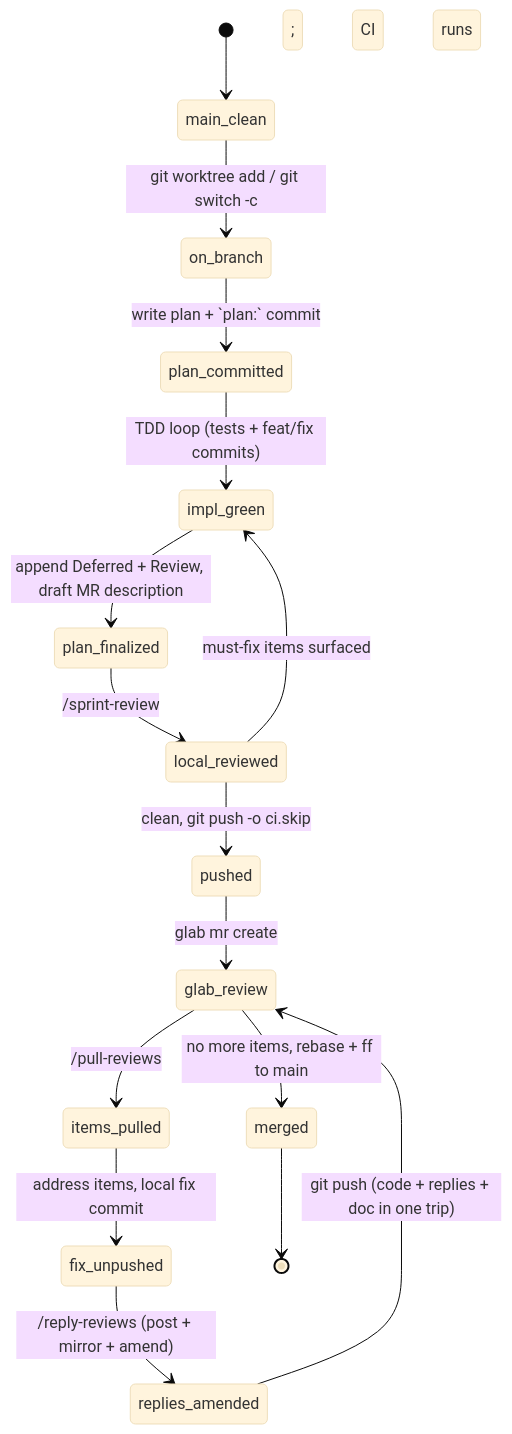
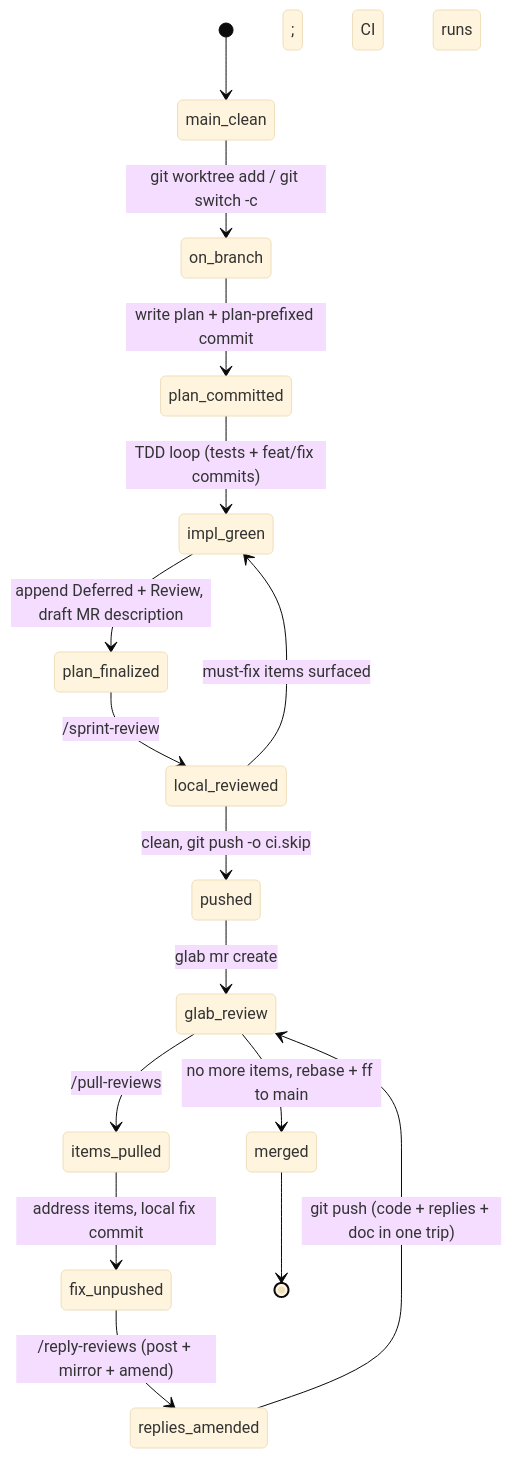
Before and after one commit to cmk/connections: the first of 2 diagrams in doc/workflow.md, drawn with Mermaid (base theme).

Commit message:
fix: workflow.md mermaid syntax — inner colon broke stateDiagram-v2 parser

````diff
--- a/doc/workflow.md
+++ b/doc/workflow.md
@@ -18,18 +18,18 @@
 ```mermaid
 stateDiagram-v2
     [*] --> main_clean
     main_clean --> on_branch: git worktree add / git switch -c
-    on_branch --> plan_committed: write plan + `plan:` commit
+    on_branch --> plan_committed: write plan + plan-prefixed commit
     plan_committed --> impl_green: TDD loop (tests + feat/fix commits)
     impl_green --> plan_finalized: append Deferred + Review, draft MR description
     plan_finalized --> local_reviewed: /sprint-review
     local_reviewed --> impl_green: must-fix items surfaced
     local_reviewed --> pushed: clean, git push -o ci.skip
     pushed --> glab_review: glab mr create; CI runs
     glab_review --> items_pulled: /pull-reviews
     items_pulled --> fix_unpushed: address items, local fix commit
     fix_unpushed --> replies_amended: /reply-reviews (post + mirror + amend)
     replies_amended --> glab_review: git push (code + replies + doc in one trip)
     glab_review --> merged: no more items, rebase + ff to main
     merged --> [*]
 ```
````
